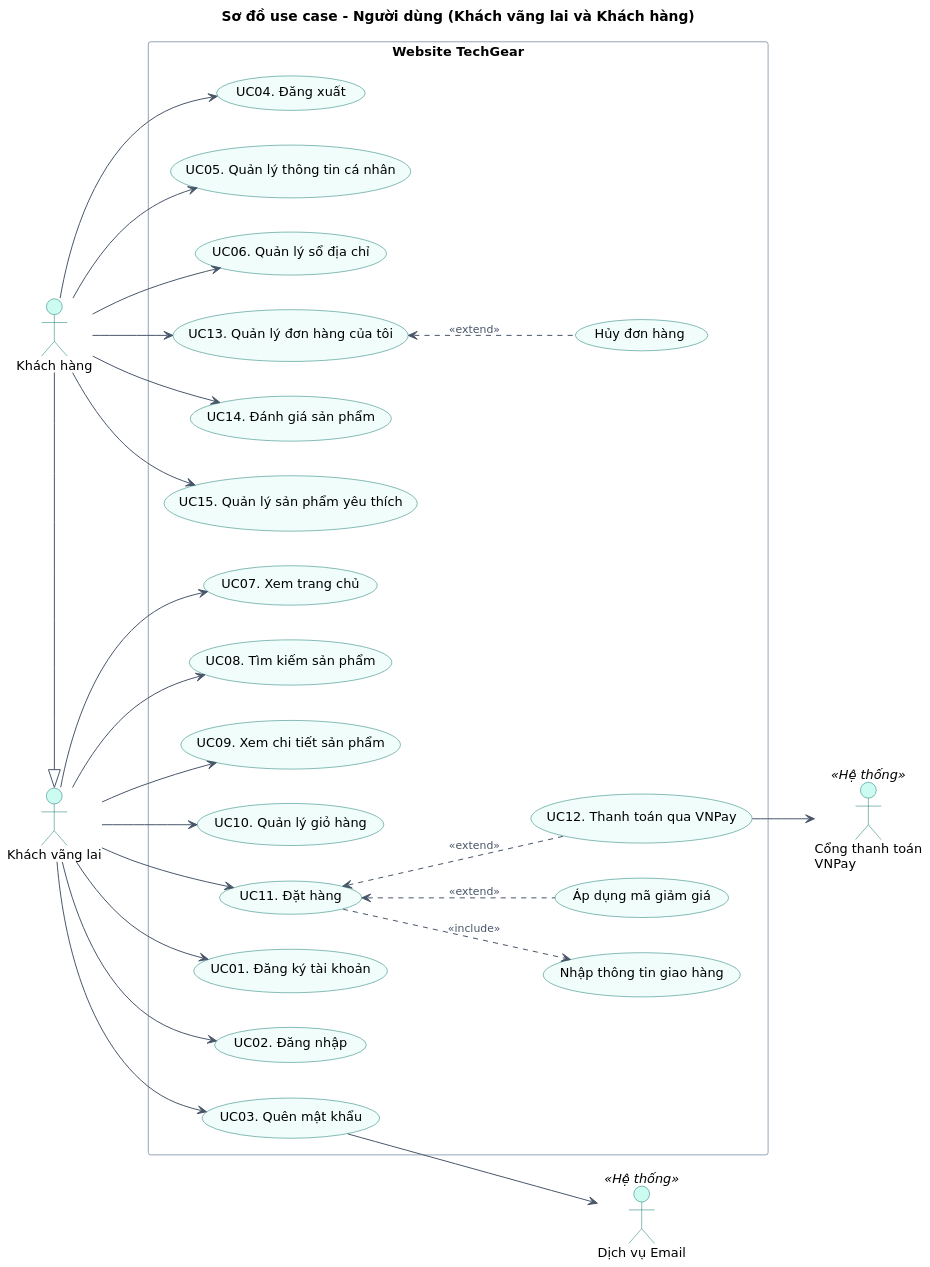
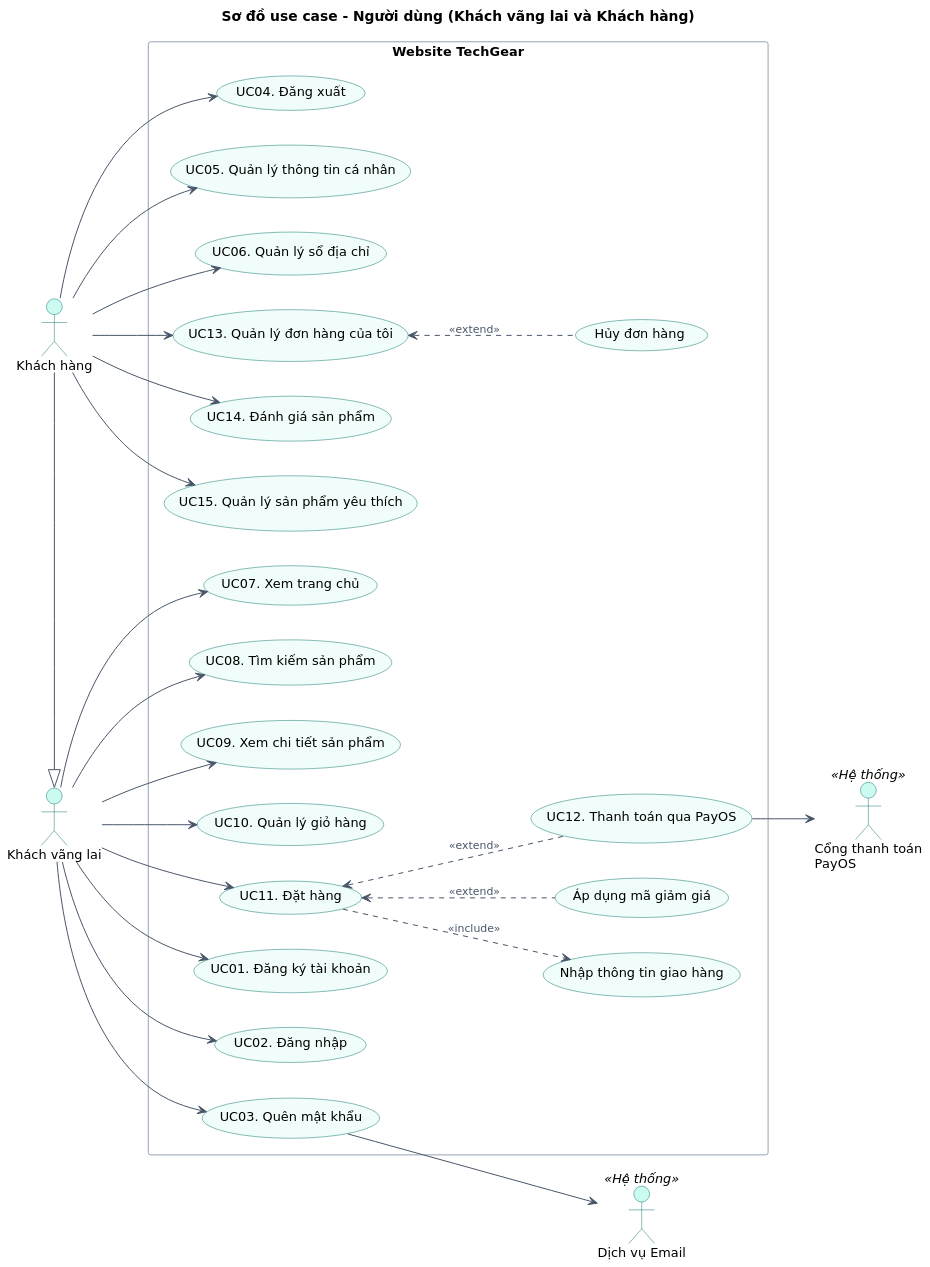
One commit to phdinh254/TechGear changed the diagram in docs/so-do-use-case/10_uc_nguoi_dung.puml. Above: the diagram before and after it, drawn with PlantUML. The commit also changed 92 other files, not shown here.

Commit message:
Thanh toán PayOS thay VNPay, trang thanh toán nhúng khung PayOS

```diff
--- a/docs/so-do-use-case/10_uc_nguoi_dung.puml
+++ b/docs/so-do-use-case/10_uc_nguoi_dung.puml
@@ -1,81 +1,81 @@
 @startuml UC_NguoiDung
 title Sơ đồ use case - Người dùng (Khách vãng lai và Khách hàng)
 skinparam defaultFontName "DejaVu Sans"
 skinparam defaultFontSize 13
 skinparam shadowing false
 skinparam dpi 130
 skinparam packageStyle rectangle
 skinparam usecase {
   BackgroundColor #F0FDFA
   BorderColor #0F766E
   ArrowColor #475569
 }
 skinparam actor {
   BorderColor #0F766E
   BackgroundColor #CCFBF1
 }
 skinparam rectangle {
   BorderColor #94A3B8
   FontStyle bold
 }
 skinparam ArrowFontSize 11
 skinparam ArrowFontColor #475569
 left to right direction
 
 actor "Khách vãng lai" as KVL
 actor "Khách hàng" as KH
-actor "Cổng thanh toán\nVNPay" as VNP <<Hệ thống>>
+actor "Cổng thanh toán\nPayOS" as PAYOS <<Hệ thống>>
 actor "Dịch vụ Email" as MAIL <<Hệ thống>>
 
 KH -|> KVL
 
 rectangle "Website TechGear" {
   usecase "UC07. Xem trang chủ" as UC07
   usecase "UC08. Tìm kiếm sản phẩm" as UC08
   usecase "UC09. Xem chi tiết sản phẩm" as UC09
   usecase "UC10. Quản lý giỏ hàng" as UC10
   usecase "UC11. Đặt hàng" as UC11
   usecase "Nhập thông tin giao hàng" as INC1
   usecase "Áp dụng mã giảm giá" as EXT1
-  usecase "UC12. Thanh toán qua VNPay" as UC12
+  usecase "UC12. Thanh toán qua PayOS" as UC12
   usecase "UC01. Đăng ký tài khoản" as UC01
   usecase "UC02. Đăng nhập" as UC02
   usecase "UC03. Quên mật khẩu" as UC03
 
   usecase "UC04. Đăng xuất" as UC04
   usecase "UC05. Quản lý thông tin cá nhân" as UC05
   usecase "UC06. Quản lý sổ địa chỉ" as UC06
   usecase "UC13. Quản lý đơn hàng của tôi" as UC13
   usecase "Hủy đơn hàng" as EXT2
   usecase "UC14. Đánh giá sản phẩm" as UC14
   usecase "UC15. Quản lý sản phẩm yêu thích" as UC15
 }
 
 ' Khách vãng lai
 KVL --> UC07
 KVL --> UC08
 KVL --> UC09
 KVL --> UC10
 KVL --> UC11
 KVL --> UC01
 KVL --> UC02
 KVL --> UC03
 
 ' Khách hàng (kế thừa thêm toàn bộ chức năng của Khách vãng lai)
 KH --> UC04
 KH --> UC05
 KH --> UC06
 KH --> UC13
 KH --> UC14
 KH --> UC15
 
 ' Quan hệ include / extend
 UC11 ..> INC1 : <<include>>
 UC11 <.. EXT1 : <<extend>>
 UC11 <.. UC12 : <<extend>>
 UC13 <.. EXT2 : <<extend>>
 
 ' Hệ thống ngoài
-UC12 --> VNP
+UC12 --> PAYOS
 UC03 --> MAIL
 @enduml
```
